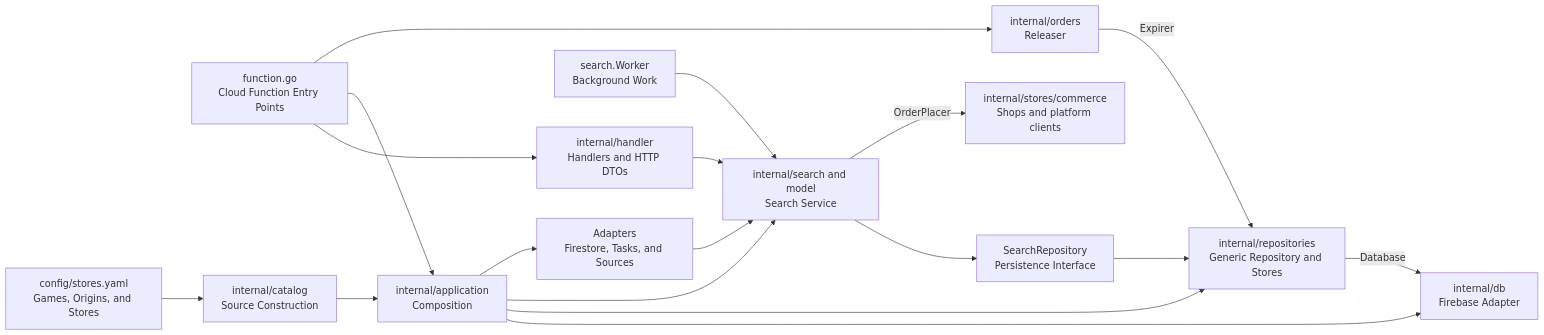
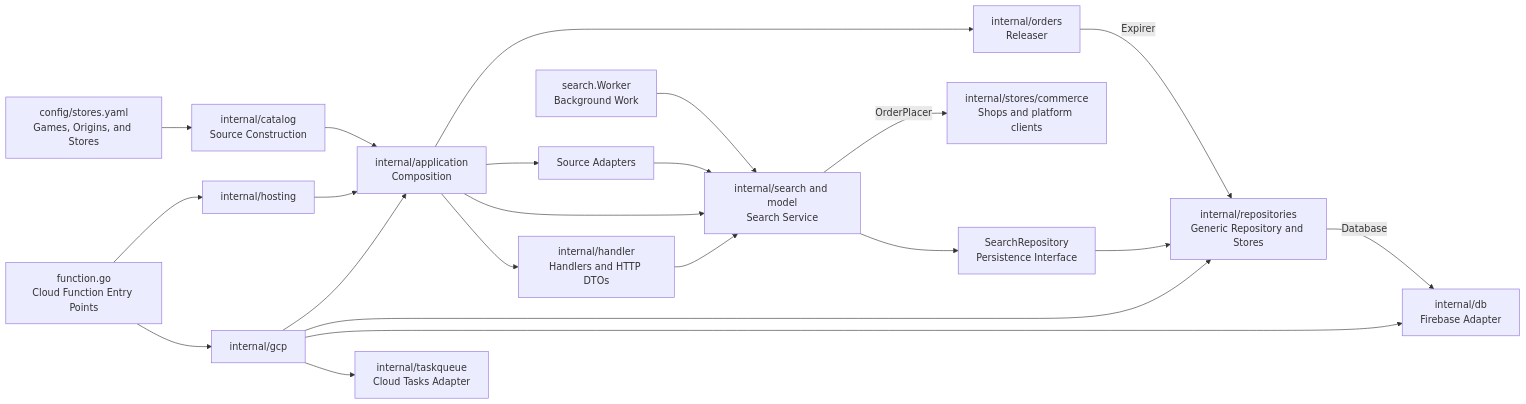
Before and after one commit to metaliaw/muchi: the fourth of 4 diagrams in backend/docs/architecture.md, drawn with Mermaid. The commit also changed other lines of this file and 26 other files, not shown here.

Commit message:
Share application operations across GCP and command runtimes

````diff
--- a/backend/docs/architecture.md
+++ b/backend/docs/architecture.md
@@ -208,34 +208,39 @@
 ```mermaid
 flowchart LR
     function[function.go<br/>Cloud Function Entry Points]
     transport[internal/handler<br/>Handlers and HTTP DTOs]
     application[internal/application<br/>Composition]
     catalog[internal/catalog<br/>Source Construction]
     domain[internal/search and model<br/>Search Service]
     orderer[internal/stores/commerce<br/>Shops and platform clients]
     releaser[internal/orders<br/>Releaser]
     repository[SearchRepository<br/>Persistence Interface]
     repositories[internal/repositories<br/>Generic Repository and Stores]
     database[internal/db<br/>Firebase Adapter]
     worker[search.Worker<br/>Background Work]
     config[config/stores.yaml<br/>Games, Origins, and Stores]
-    adapters[Adapters<br/>Firestore, Tasks, and Sources]
+    adapters[Source Adapters]
 
-    function --> transport
-    function --> application
+    tasks[internal/taskqueue<br/>Cloud Tasks Adapter]
+    host[internal/gcp] --> tasks
+    host --> database
+    host --> repositories
+    host --> application
+    hosting[internal/hosting] --> application
+    function --> host
+    function --> hosting
+    application --> transport
     transport --> domain
     worker --> domain
     domain --> repository
     repository --> repositories
     repositories -->|Database| database
-    application --> database
-    application --> repositories
     config --> catalog
     catalog --> application
     application --> domain
     application --> adapters
     domain -->|OrderPlacer| orderer
-    function --> releaser
+    application --> releaser
     releaser -->|Expirer| repositories
     adapters --> domain
 ```
````
